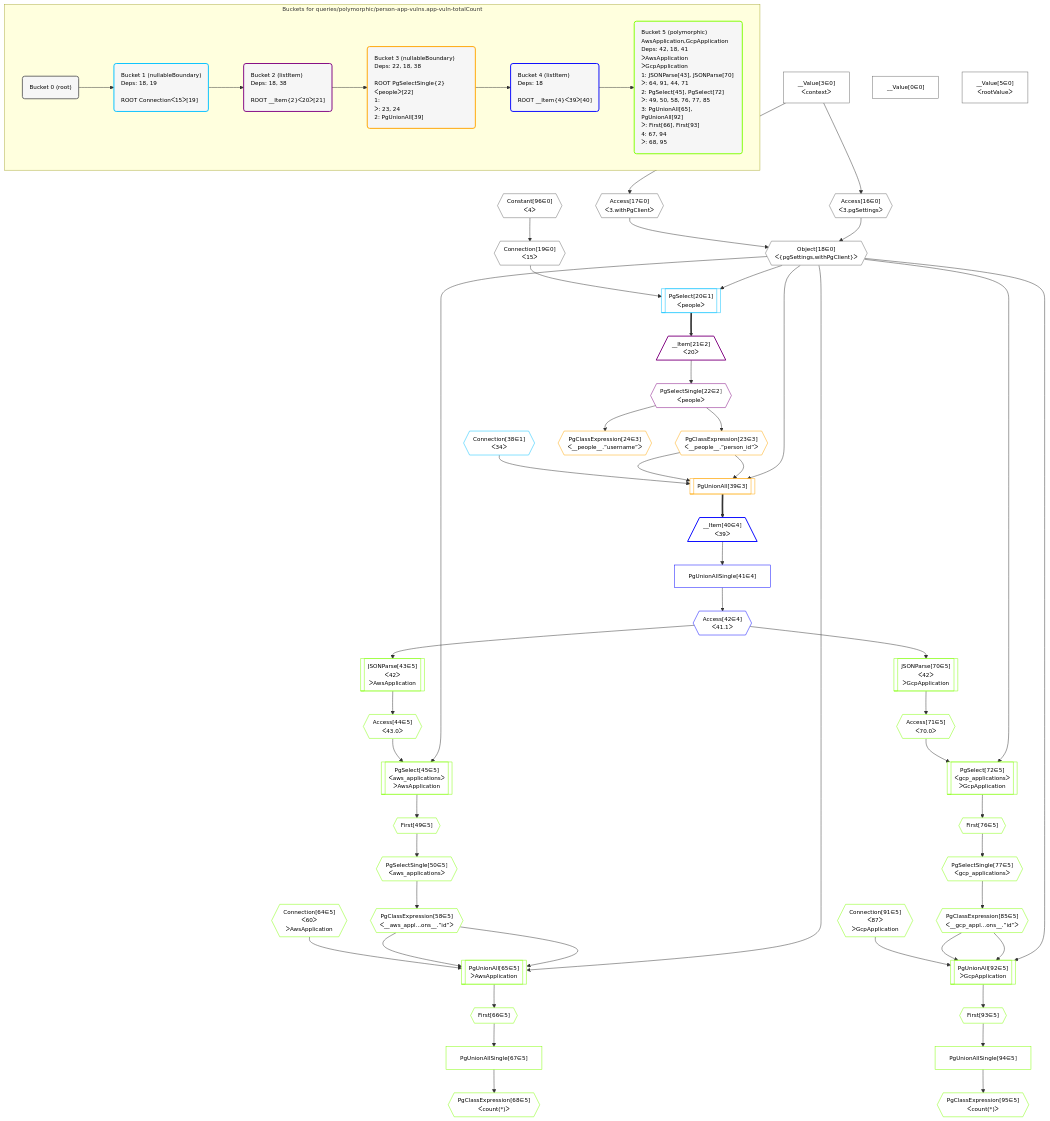
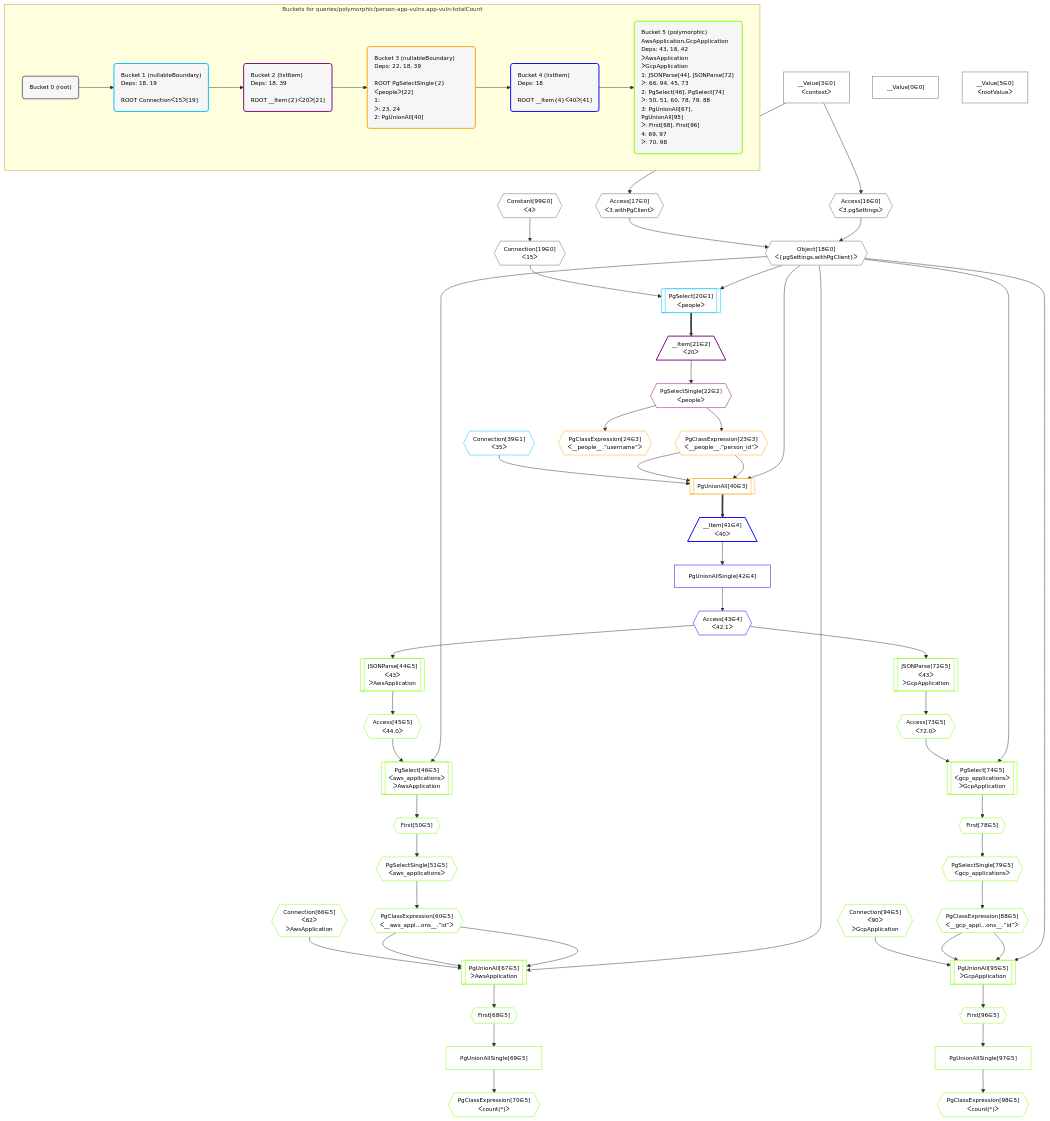
The diagram in postgraphile/postgraphile/__tests__/queries/polymorphic/person-app-vulns.app-vuln-totalCount.mermaid (graphile/crystal), drawn with Mermaid before and after one commit. The commit also changed 11 other files, not shown here.

Commit message:
Update mermaid plan diagrams and schema snapshots

```diff
--- a/postgraphile/postgraphile/__tests__/queries/polymorphic/person-app-vulns.app-vuln-totalCount.mermaid
+++ b/postgraphile/postgraphile/__tests__/queries/polymorphic/person-app-vulns.app-vuln-totalCount.mermaid
@@ -1,112 +1,112 @@
 %%{init: {'themeVariables': { 'fontSize': '12px'}}}%%
 graph TD
     classDef path fill:#eee,stroke:#000,color:#000
     classDef plan fill:#fff,stroke-width:1px,color:#000
     classDef itemplan fill:#fff,stroke-width:2px,color:#000
     classDef unbatchedplan fill:#dff,stroke-width:1px,color:#000
     classDef sideeffectplan fill:#fcc,stroke-width:2px,color:#000
     classDef bucket fill:#f6f6f6,color:#000,stroke-width:2px,text-align:left
 
 
     %% plan dependencies
     Object18{{"Object[18∈0]<br />ᐸ{pgSettings,withPgClient}ᐳ"}}:::plan
     Access16{{"Access[16∈0]<br />ᐸ3.pgSettingsᐳ"}}:::plan
     Access17{{"Access[17∈0]<br />ᐸ3.withPgClientᐳ"}}:::plan
     Access16 & Access17 --> Object18
     __Value3["__Value[3∈0]<br />ᐸcontextᐳ"]:::plan
     __Value3 --> Access16
     __Value3 --> Access17
     Connection19{{"Connection[19∈0]<br />ᐸ15ᐳ"}}:::plan
-    Constant96{{"Constant[96∈0]<br />ᐸ4ᐳ"}}:::plan
-    Constant96 --> Connection19
+    Constant99{{"Constant[99∈0]<br />ᐸ4ᐳ"}}:::plan
+    Constant99 --> Connection19
     __Value0["__Value[0∈0]"]:::plan
     __Value5["__Value[5∈0]<br />ᐸrootValueᐳ"]:::plan
     PgSelect20[["PgSelect[20∈1]<br />ᐸpeopleᐳ"]]:::plan
     Object18 & Connection19 --> PgSelect20
-    Connection38{{"Connection[38∈1]<br />ᐸ34ᐳ"}}:::plan
+    Connection39{{"Connection[39∈1]<br />ᐸ35ᐳ"}}:::plan
     __Item21[/"__Item[21∈2]<br />ᐸ20ᐳ"\]:::itemplan
     PgSelect20 ==> __Item21
     PgSelectSingle22{{"PgSelectSingle[22∈2]<br />ᐸpeopleᐳ"}}:::plan
     __Item21 --> PgSelectSingle22
-    PgUnionAll39[["PgUnionAll[39∈3]"]]:::plan
+    PgUnionAll40[["PgUnionAll[40∈3]"]]:::plan
     PgClassExpression23{{"PgClassExpression[23∈3]<br />ᐸ__people__.”person_id”ᐳ"}}:::plan
-    Object18 & PgClassExpression23 & PgClassExpression23 & Connection38 --> PgUnionAll39
+    Object18 & PgClassExpression23 & PgClassExpression23 & Connection39 --> PgUnionAll40
     PgSelectSingle22 --> PgClassExpression23
     PgClassExpression24{{"PgClassExpression[24∈3]<br />ᐸ__people__.”username”ᐳ"}}:::plan
     PgSelectSingle22 --> PgClassExpression24
-    __Item40[/"__Item[40∈4]<br />ᐸ39ᐳ"\]:::itemplan
-    PgUnionAll39 ==> __Item40
-    PgUnionAllSingle41["PgUnionAllSingle[41∈4]"]:::plan
-    __Item40 --> PgUnionAllSingle41
-    Access42{{"Access[42∈4]<br />ᐸ41.1ᐳ"}}:::plan
-    PgUnionAllSingle41 --> Access42
-    PgUnionAll65[["PgUnionAll[65∈5]<br />ᐳAwsApplication"]]:::plan
-    PgClassExpression58{{"PgClassExpression[58∈5]<br />ᐸ__aws_appl...ons__.”id”ᐳ"}}:::plan
-    Connection64{{"Connection[64∈5]<br />ᐸ60ᐳ<br />ᐳAwsApplication"}}:::plan
-    Object18 & PgClassExpression58 & PgClassExpression58 & Connection64 --> PgUnionAll65
-    PgUnionAll92[["PgUnionAll[92∈5]<br />ᐳGcpApplication"]]:::plan
-    PgClassExpression85{{"PgClassExpression[85∈5]<br />ᐸ__gcp_appl...ons__.”id”ᐳ"}}:::plan
-    Connection91{{"Connection[91∈5]<br />ᐸ87ᐳ<br />ᐳGcpApplication"}}:::plan
-    Object18 & PgClassExpression85 & PgClassExpression85 & Connection91 --> PgUnionAll92
-    PgSelect45[["PgSelect[45∈5]<br />ᐸaws_applicationsᐳ<br />ᐳAwsApplication"]]:::plan
-    Access44{{"Access[44∈5]<br />ᐸ43.0ᐳ"}}:::plan
-    Object18 & Access44 --> PgSelect45
-    PgSelect72[["PgSelect[72∈5]<br />ᐸgcp_applicationsᐳ<br />ᐳGcpApplication"]]:::plan
-    Access71{{"Access[71∈5]<br />ᐸ70.0ᐳ"}}:::plan
-    Object18 & Access71 --> PgSelect72
-    JSONParse43[["JSONParse[43∈5]<br />ᐸ42ᐳ<br />ᐳAwsApplication"]]:::plan
-    Access42 --> JSONParse43
-    JSONParse43 --> Access44
-    First49{{"First[49∈5]"}}:::plan
-    PgSelect45 --> First49
-    PgSelectSingle50{{"PgSelectSingle[50∈5]<br />ᐸaws_applicationsᐳ"}}:::plan
-    First49 --> PgSelectSingle50
-    PgSelectSingle50 --> PgClassExpression58
-    First66{{"First[66∈5]"}}:::plan
-    PgUnionAll65 --> First66
-    PgUnionAllSingle67["PgUnionAllSingle[67∈5]"]:::plan
-    First66 --> PgUnionAllSingle67
-    PgClassExpression68{{"PgClassExpression[68∈5]<br />ᐸcount(*)ᐳ"}}:::plan
-    PgUnionAllSingle67 --> PgClassExpression68
-    JSONParse70[["JSONParse[70∈5]<br />ᐸ42ᐳ<br />ᐳGcpApplication"]]:::plan
-    Access42 --> JSONParse70
-    JSONParse70 --> Access71
-    First76{{"First[76∈5]"}}:::plan
-    PgSelect72 --> First76
-    PgSelectSingle77{{"PgSelectSingle[77∈5]<br />ᐸgcp_applicationsᐳ"}}:::plan
-    First76 --> PgSelectSingle77
-    PgSelectSingle77 --> PgClassExpression85
-    First93{{"First[93∈5]"}}:::plan
-    PgUnionAll92 --> First93
-    PgUnionAllSingle94["PgUnionAllSingle[94∈5]"]:::plan
-    First93 --> PgUnionAllSingle94
-    PgClassExpression95{{"PgClassExpression[95∈5]<br />ᐸcount(*)ᐳ"}}:::plan
-    PgUnionAllSingle94 --> PgClassExpression95
+    __Item41[/"__Item[41∈4]<br />ᐸ40ᐳ"\]:::itemplan
+    PgUnionAll40 ==> __Item41
+    PgUnionAllSingle42["PgUnionAllSingle[42∈4]"]:::plan
+    __Item41 --> PgUnionAllSingle42
+    Access43{{"Access[43∈4]<br />ᐸ42.1ᐳ"}}:::plan
+    PgUnionAllSingle42 --> Access43
+    PgUnionAll67[["PgUnionAll[67∈5]<br />ᐳAwsApplication"]]:::plan
+    PgClassExpression60{{"PgClassExpression[60∈5]<br />ᐸ__aws_appl...ons__.”id”ᐳ"}}:::plan
+    Connection66{{"Connection[66∈5]<br />ᐸ62ᐳ<br />ᐳAwsApplication"}}:::plan
+    Object18 & PgClassExpression60 & PgClassExpression60 & Connection66 --> PgUnionAll67
+    PgUnionAll95[["PgUnionAll[95∈5]<br />ᐳGcpApplication"]]:::plan
+    PgClassExpression88{{"PgClassExpression[88∈5]<br />ᐸ__gcp_appl...ons__.”id”ᐳ"}}:::plan
+    Connection94{{"Connection[94∈5]<br />ᐸ90ᐳ<br />ᐳGcpApplication"}}:::plan
+    Object18 & PgClassExpression88 & PgClassExpression88 & Connection94 --> PgUnionAll95
+    PgSelect46[["PgSelect[46∈5]<br />ᐸaws_applicationsᐳ<br />ᐳAwsApplication"]]:::plan
+    Access45{{"Access[45∈5]<br />ᐸ44.0ᐳ"}}:::plan
+    Object18 & Access45 --> PgSelect46
+    PgSelect74[["PgSelect[74∈5]<br />ᐸgcp_applicationsᐳ<br />ᐳGcpApplication"]]:::plan
+    Access73{{"Access[73∈5]<br />ᐸ72.0ᐳ"}}:::plan
+    Object18 & Access73 --> PgSelect74
+    JSONParse44[["JSONParse[44∈5]<br />ᐸ43ᐳ<br />ᐳAwsApplication"]]:::plan
+    Access43 --> JSONParse44
+    JSONParse44 --> Access45
+    First50{{"First[50∈5]"}}:::plan
+    PgSelect46 --> First50
+    PgSelectSingle51{{"PgSelectSingle[51∈5]<br />ᐸaws_applicationsᐳ"}}:::plan
+    First50 --> PgSelectSingle51
+    PgSelectSingle51 --> PgClassExpression60
+    First68{{"First[68∈5]"}}:::plan
+    PgUnionAll67 --> First68
+    PgUnionAllSingle69["PgUnionAllSingle[69∈5]"]:::plan
+    First68 --> PgUnionAllSingle69
+    PgClassExpression70{{"PgClassExpression[70∈5]<br />ᐸcount(*)ᐳ"}}:::plan
+    PgUnionAllSingle69 --> PgClassExpression70
+    JSONParse72[["JSONParse[72∈5]<br />ᐸ43ᐳ<br />ᐳGcpApplication"]]:::plan
+    Access43 --> JSONParse72
+    JSONParse72 --> Access73
+    First78{{"First[78∈5]"}}:::plan
+    PgSelect74 --> First78
+    PgSelectSingle79{{"PgSelectSingle[79∈5]<br />ᐸgcp_applicationsᐳ"}}:::plan
+    First78 --> PgSelectSingle79
+    PgSelectSingle79 --> PgClassExpression88
+    First96{{"First[96∈5]"}}:::plan
+    PgUnionAll95 --> First96
+    PgUnionAllSingle97["PgUnionAllSingle[97∈5]"]:::plan
+    First96 --> PgUnionAllSingle97
+    PgClassExpression98{{"PgClassExpression[98∈5]<br />ᐸcount(*)ᐳ"}}:::plan
+    PgUnionAllSingle97 --> PgClassExpression98
 
     %% define steps
 
     subgraph "Buckets for queries/polymorphic/person-app-vulns.app-vuln-totalCount"
     Bucket0("Bucket 0 (root)"):::bucket
     classDef bucket0 stroke:#696969
-    class Bucket0,__Value0,__Value3,__Value5,Access16,Access17,Object18,Connection19,Constant96 bucket0
+    class Bucket0,__Value0,__Value3,__Value5,Access16,Access17,Object18,Connection19,Constant99 bucket0
     Bucket1("Bucket 1 (nullableBoundary)<br />Deps: 18, 19<br /><br />ROOT Connectionᐸ15ᐳ[19]"):::bucket
     classDef bucket1 stroke:#00bfff
-    class Bucket1,PgSelect20,Connection38 bucket1
-    Bucket2("Bucket 2 (listItem)<br />Deps: 18, 38<br /><br />ROOT __Item{2}ᐸ20ᐳ[21]"):::bucket
+    class Bucket1,PgSelect20,Connection39 bucket1
+    Bucket2("Bucket 2 (listItem)<br />Deps: 18, 39<br /><br />ROOT __Item{2}ᐸ20ᐳ[21]"):::bucket
     classDef bucket2 stroke:#7f007f
     class Bucket2,__Item21,PgSelectSingle22 bucket2
-    Bucket3("Bucket 3 (nullableBoundary)<br />Deps: 22, 18, 38<br /><br />ROOT PgSelectSingle{2}ᐸpeopleᐳ[22]<br />1: <br />ᐳ: 23, 24<br />2: PgUnionAll[39]"):::bucket
+    Bucket3("Bucket 3 (nullableBoundary)<br />Deps: 22, 18, 39<br /><br />ROOT PgSelectSingle{2}ᐸpeopleᐳ[22]<br />1: <br />ᐳ: 23, 24<br />2: PgUnionAll[40]"):::bucket
     classDef bucket3 stroke:#ffa500
-    class Bucket3,PgClassExpression23,PgClassExpression24,PgUnionAll39 bucket3
-    Bucket4("Bucket 4 (listItem)<br />Deps: 18<br /><br />ROOT __Item{4}ᐸ39ᐳ[40]"):::bucket
+    class Bucket3,PgClassExpression23,PgClassExpression24,PgUnionAll40 bucket3
+    Bucket4("Bucket 4 (listItem)<br />Deps: 18<br /><br />ROOT __Item{4}ᐸ40ᐳ[41]"):::bucket
     classDef bucket4 stroke:#0000ff
-    class Bucket4,__Item40,PgUnionAllSingle41,Access42 bucket4
-    Bucket5("Bucket 5 (polymorphic)<br />AwsApplication,GcpApplication<br />Deps: 42, 18, 41<br />ᐳAwsApplication<br />ᐳGcpApplication<br />1: JSONParse[43], JSONParse[70]<br />ᐳ: 64, 91, 44, 71<br />2: PgSelect[45], PgSelect[72]<br />ᐳ: 49, 50, 58, 76, 77, 85<br />3: PgUnionAll[65], PgUnionAll[92]<br />ᐳ: First[66], First[93]<br />4: 67, 94<br />ᐳ: 68, 95"):::bucket
+    class Bucket4,__Item41,PgUnionAllSingle42,Access43 bucket4
+    Bucket5("Bucket 5 (polymorphic)<br />AwsApplication,GcpApplication<br />Deps: 43, 18, 42<br />ᐳAwsApplication<br />ᐳGcpApplication<br />1: JSONParse[44], JSONParse[72]<br />ᐳ: 66, 94, 45, 73<br />2: PgSelect[46], PgSelect[74]<br />ᐳ: 50, 51, 60, 78, 79, 88<br />3: PgUnionAll[67], PgUnionAll[95]<br />ᐳ: First[68], First[96]<br />4: 69, 97<br />ᐳ: 70, 98"):::bucket
     classDef bucket5 stroke:#7fff00
-    class Bucket5,JSONParse43,Access44,PgSelect45,First49,PgSelectSingle50,PgClassExpression58,Connection64,PgUnionAll65,First66,PgUnionAllSingle67,PgClassExpression68,JSONParse70,Access71,PgSelect72,First76,PgSelectSingle77,PgClassExpression85,Connection91,PgUnionAll92,First93,PgUnionAllSingle94,PgClassExpression95 bucket5
+    class Bucket5,JSONParse44,Access45,PgSelect46,First50,PgSelectSingle51,PgClassExpression60,Connection66,PgUnionAll67,First68,PgUnionAllSingle69,PgClassExpression70,JSONParse72,Access73,PgSelect74,First78,PgSelectSingle79,PgClassExpression88,Connection94,PgUnionAll95,First96,PgUnionAllSingle97,PgClassExpression98 bucket5
     Bucket0 --> Bucket1
     Bucket1 --> Bucket2
     Bucket2 --> Bucket3
     Bucket3 --> Bucket4
     Bucket4 --> Bucket5
     end
```
